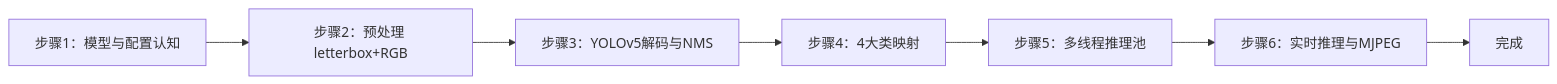
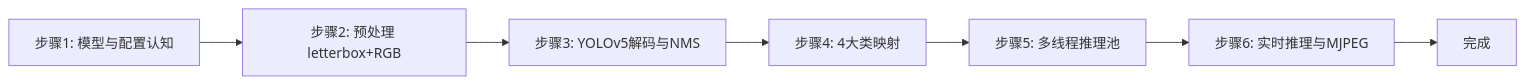
Before and after one commit to aibittek/course_generate_agent: the first of 2 diagrams in courses/sheet1/robot_vision/_parts/experiment-2.md, drawn with Mermaid. The commit also changed other lines of this file and 94 other files, not shown here.

First line of the commit message:
chore(robot_vision): 提交 EXP001 课程文档与 assets 图片

````diff
--- a/courses/sheet1/robot_vision/_parts/experiment-2.md
+++ b/courses/sheet1/robot_vision/_parts/experiment-2.md
@@ -56,9 +94,9 @@
 ```mermaid
 graph LR
-    A[步骤1：模型与配置认知] --> B[步骤2：预处理 letterbox+RGB]
-    B --> C[步骤3：YOLOv5解码与NMS]
-    C --> D[步骤4：4大类映射]
-    D --> E[步骤5：多线程推理池]
-    E --> F[步骤6：实时推理与MJPEG]
+    A[步骤1: 模型与配置认知] --> B[步骤2: 预处理 letterbox+RGB]
+    B --> C[步骤3: YOLOv5解码与NMS]
+    C --> D[步骤4: 4大类映射]
+    D --> E[步骤5: 多线程推理池]
+    E --> F[步骤6: 实时推理与MJPEG]
     F --> G[完成]
 ```
````
